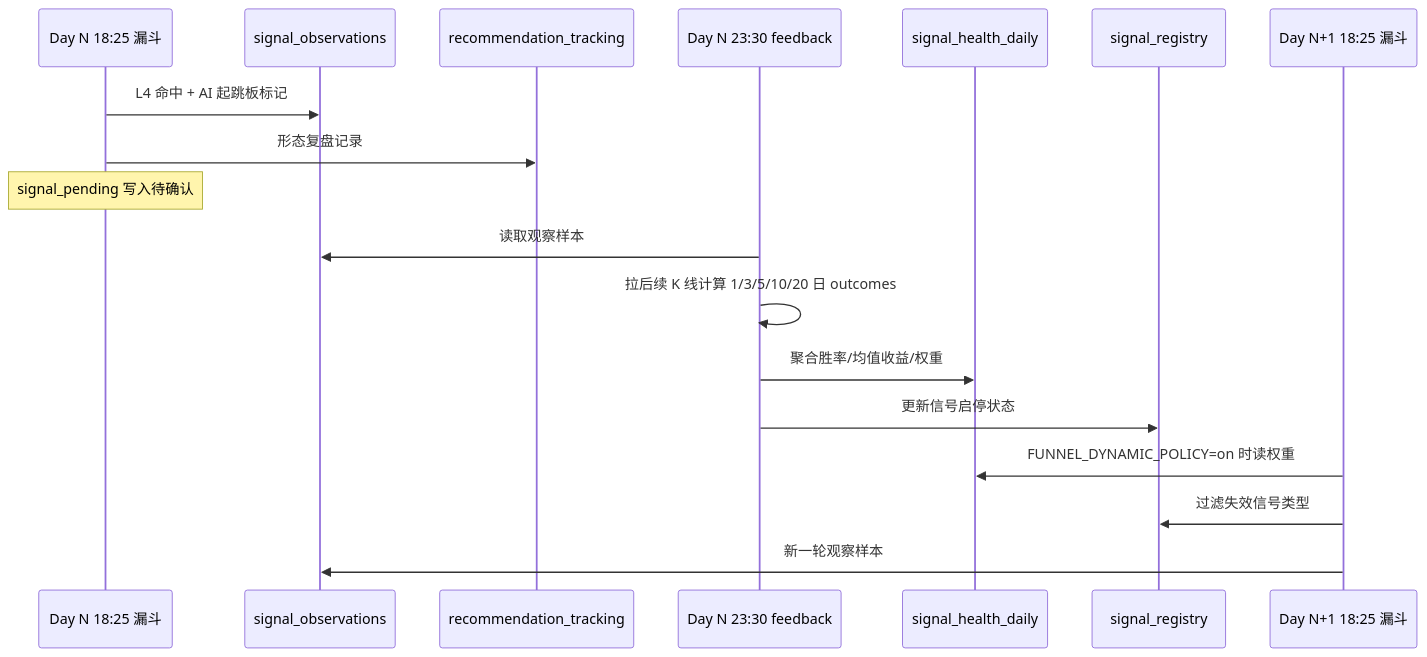
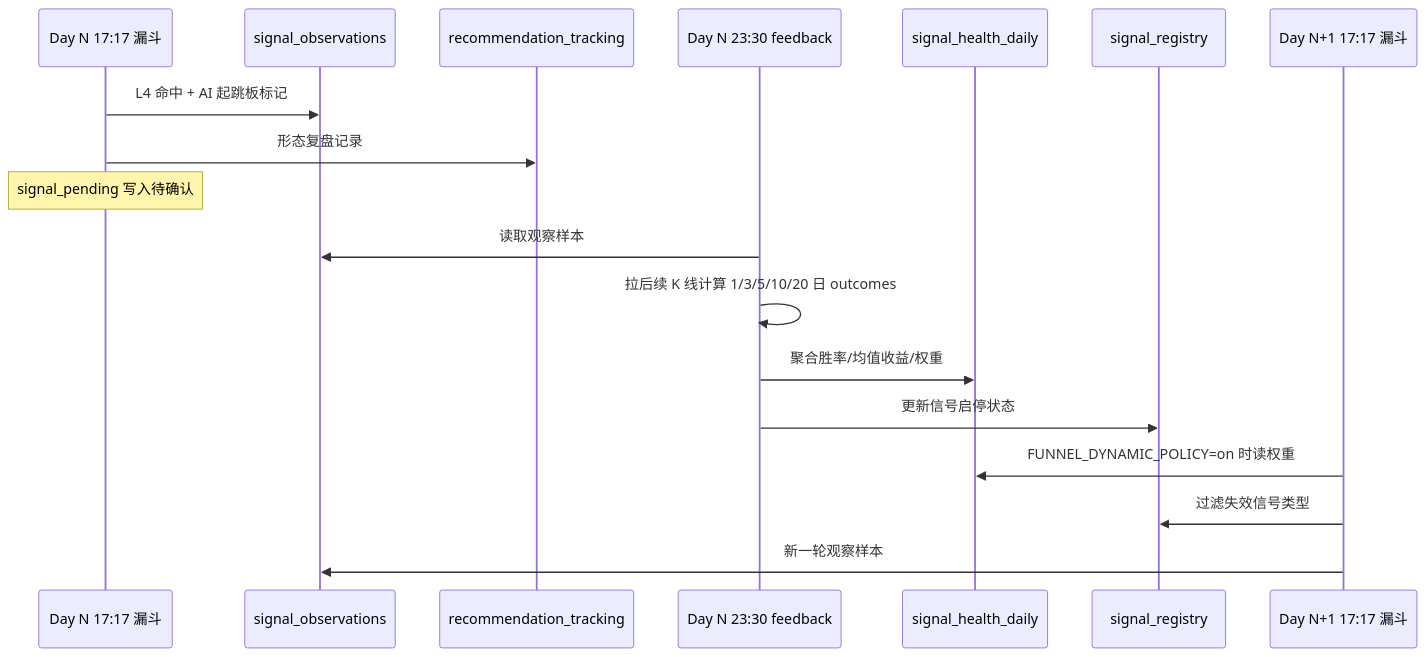
One commit to niyoh120/Wyckoff-Analysis changed the sixth of 7 diagrams in docs/A_SHARE_FUNNEL_FLOW.md. Above: the diagram before and after it, drawn with Mermaid. The commit also changed other lines of this file and 20 other files, not shown here.

````diff
--- a/docs/A_SHARE_FUNNEL_FLOW.md
+++ b/docs/A_SHARE_FUNNEL_FLOW.md
@@ -247,23 +247,23 @@
 ```mermaid
 sequenceDiagram
-    participant T1 as Day N 18:25 漏斗
+    participant T1 as Day N 17:17 漏斗
     participant OBS as signal_observations
     participant REC as recommendation_tracking
     participant FB as Day N 23:30 feedback
     participant HL as signal_health_daily
     participant REG as signal_registry
-    participant T2 as Day N+1 18:25 漏斗
+    participant T2 as Day N+1 17:17 漏斗
 
     T1->>OBS: L4 命中 + AI 起跳板标记
     T1->>REC: 形态复盘记录
     Note over T1: signal_pending 写入待确认
 
     FB->>OBS: 读取观察样本
     FB->>FB: 拉后续 K 线计算 1/3/5/10/20 日 outcomes
     FB->>HL: 聚合胜率/均值收益/权重
     FB->>REG: 更新信号启停状态
 
     T2->>HL: FUNNEL_DYNAMIC_POLICY=on 时读权重
     T2->>REG: 过滤失效信号类型
     T2->>OBS: 新一轮观察样本
 ```
````
